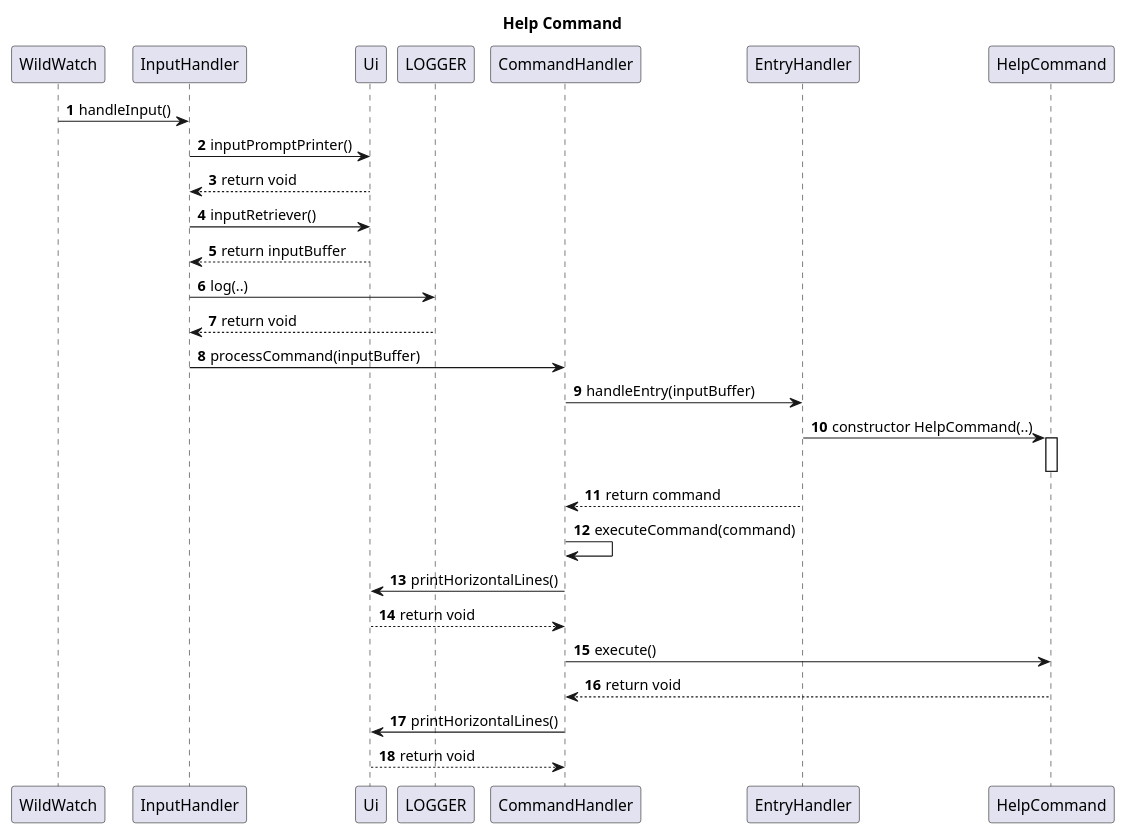
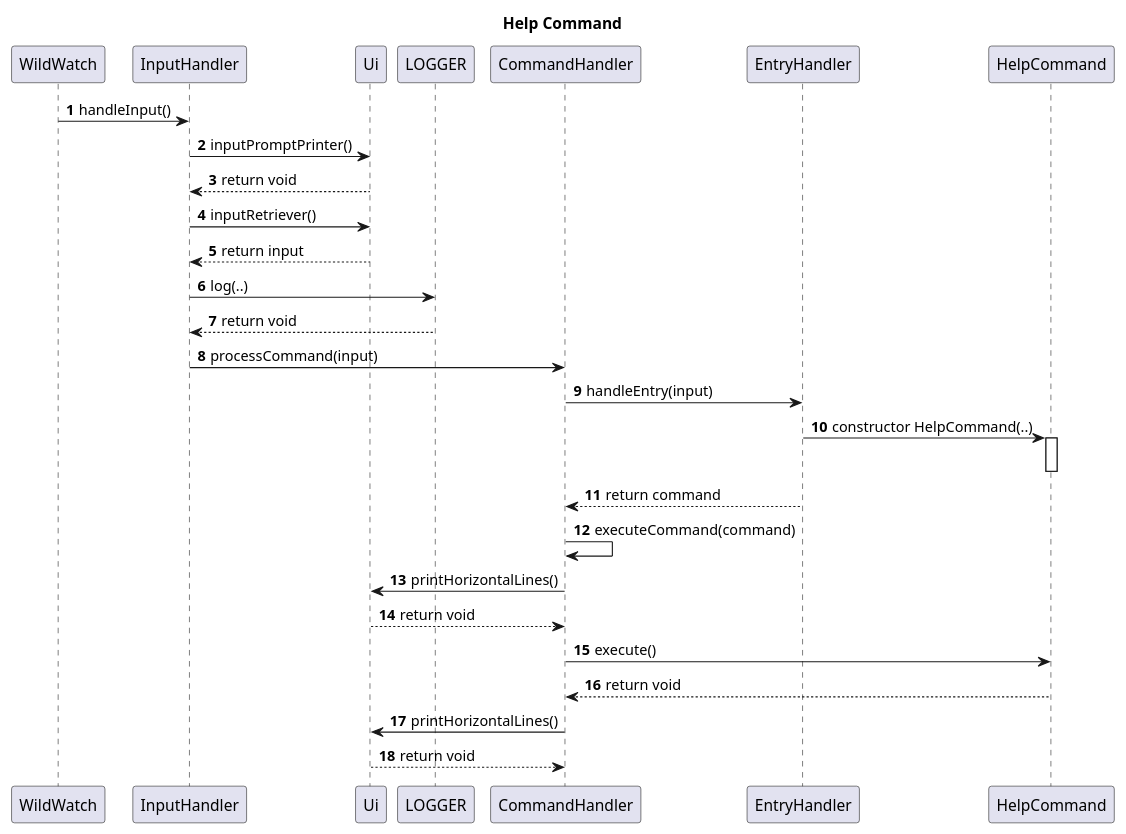
The diagram in docs/diagrams/HelpCommand.puml (woodenclock/tp), drawn with PlantUML before and after one commit. The commit also changed 19 other files, not shown here.

```diff
--- a/docs/diagrams/HelpCommand.puml
+++ b/docs/diagrams/HelpCommand.puml
@@ -1,38 +1,38 @@
 @startuml
 'https://plantuml.com/sequence-diagram
 
 autonumber
 
 title Help Command
 
 participant a as "WildWatch"
 participant b as "InputHandler"
 participant c as "Ui"
 participant d as "LOGGER"
 participant e as "CommandHandler"
 participant f as "EntryHandler"
 participant g as "HelpCommand"
 
 a->b: handleInput()
 b->c: inputPromptPrinter()
 c-->b: return void
 b->c: inputRetriever()
-c-->b: return inputBuffer
+c-->b: return input
 b->d: log(..)
 d-->b: return void
-b->e: processCommand(inputBuffer)
+b->e: processCommand(input)
 deactivate b
 deactivate c
-e->f: handleEntry(inputBuffer)
+e->f: handleEntry(input)
 f->g: constructor HelpCommand(..)
 activate g
 deactivate g
 f-->e: return command
 e->e: executeCommand(command)
 e->c: printHorizontalLines()
 c-->e: return void
 e->g: execute()
 g-->e: return void
 e->c: printHorizontalLines()
 c-->e: return void
 @enduml
```
